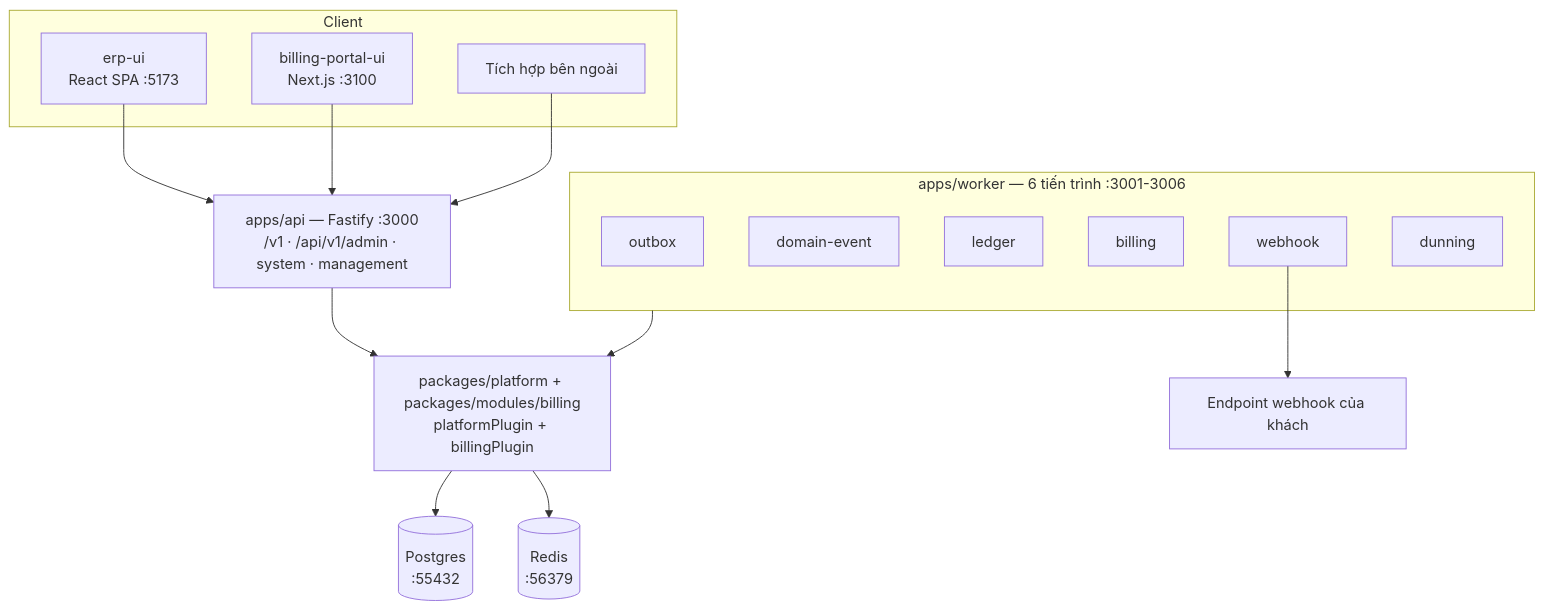
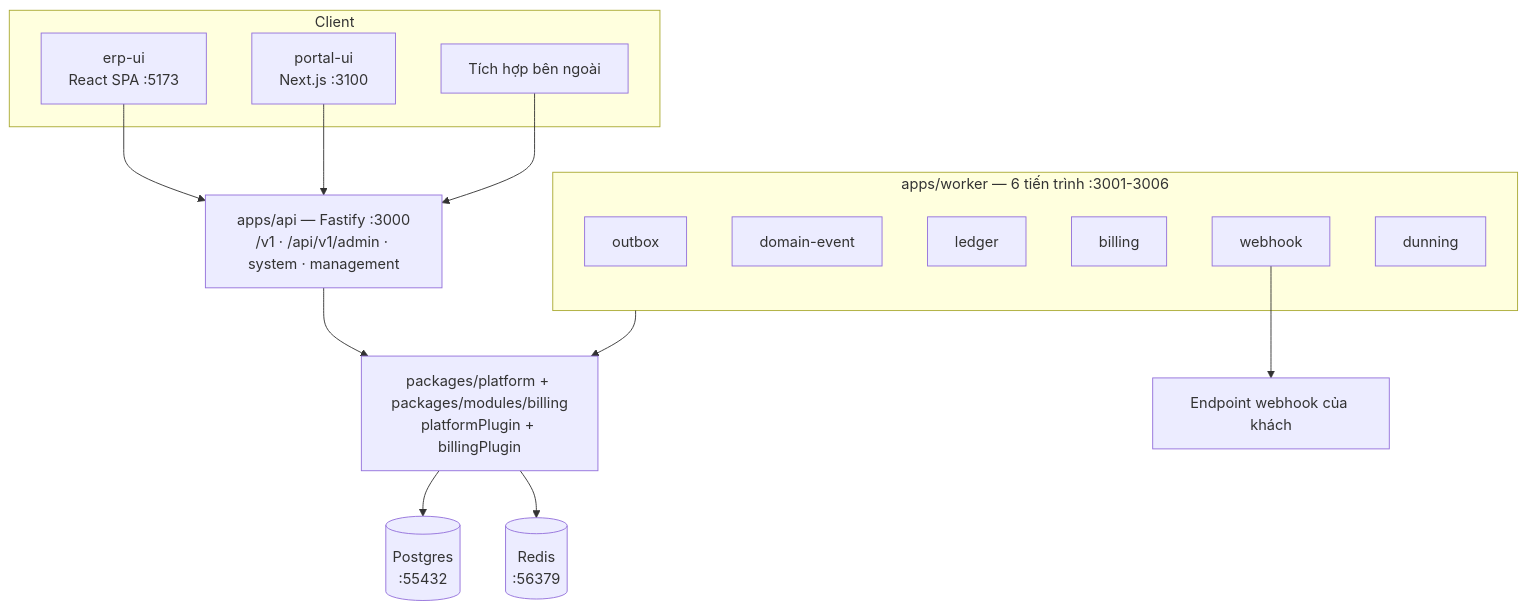
The diagram in docs/flows/00-index.md (anhquang296/pinstripe), drawn with Mermaid before and after one commit. The commit also changed other lines of this file and 78 other files, not shown here.

First line of the commit message:
chore: rename apps/billing-portal-ui to apps/portal-ui

````diff
--- a/docs/flows/00-index.md
+++ b/docs/flows/00-index.md
@@ -9,33 +9,33 @@
 ```mermaid
 flowchart TB
     subgraph clients [Client]
         AU["erp-ui<br/>React SPA :5173"]
-        PU["billing-portal-ui<br/>Next.js :3100"]
+        PU["portal-ui<br/>Next.js :3100"]
         EXT["Tích hợp bên ngoài"]
     end
 
     API["apps/api — Fastify :3000<br/>/v1 · /api/v1/admin · system · management"]
 
     subgraph workers ["apps/worker — 6 tiến trình :3001-3006"]
         W1[outbox]
         W2[domain-event]
         W3[ledger]
         W4[billing]
         W5[webhook]
         W6[dunning]
     end
 
     CORE["packages/platform + packages/modules/billing<br/>platformPlugin + billingPlugin"]
     PG[("Postgres<br/>:55432")]
     RD[("Redis<br/>:56379")]
     EP["Endpoint webhook của khách"]
 
     AU --> API
     PU --> API
     EXT --> API
     API --> CORE
     workers --> CORE
     CORE --> PG
     CORE --> RD
     W5 --> EP
 ```
````
